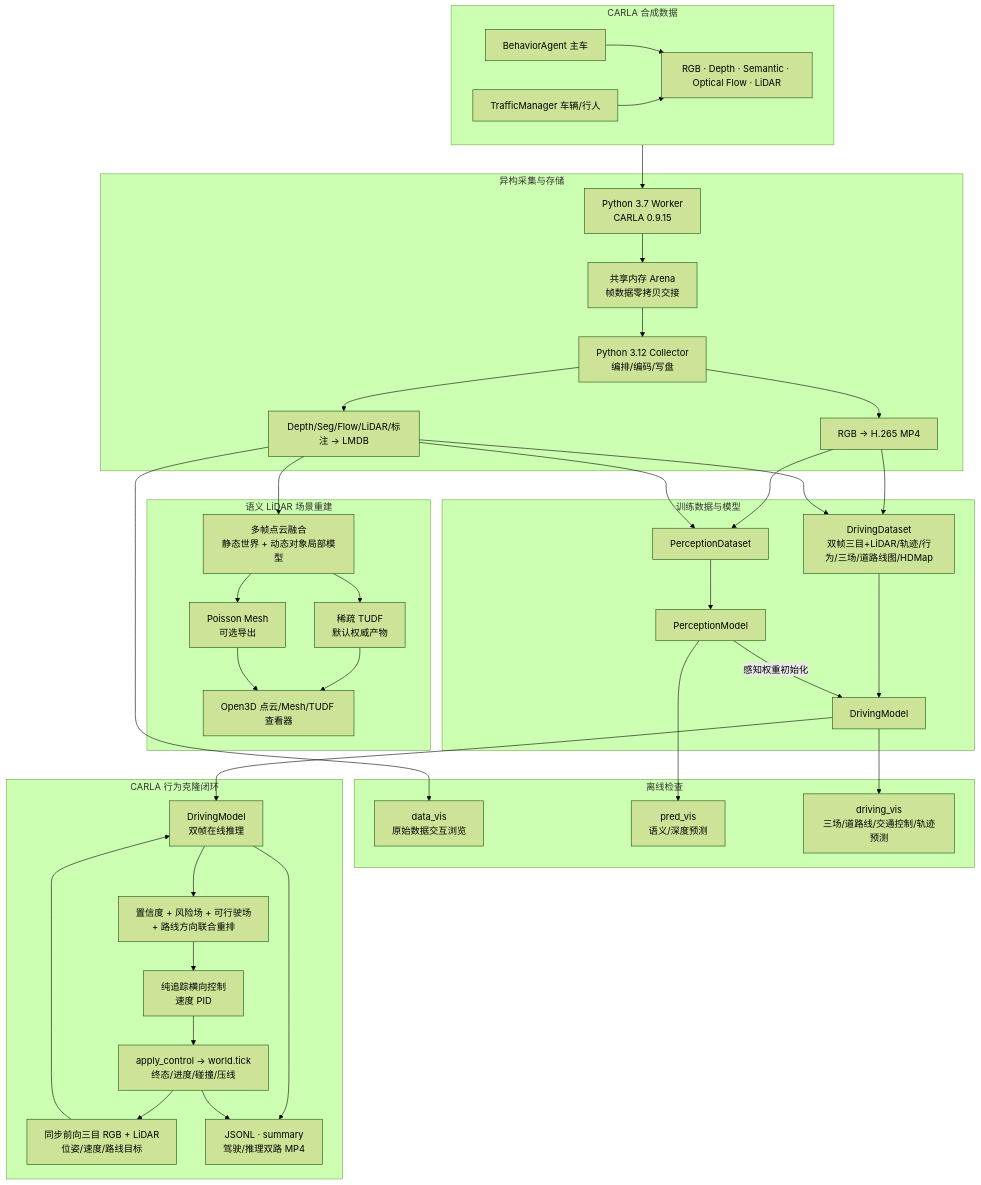
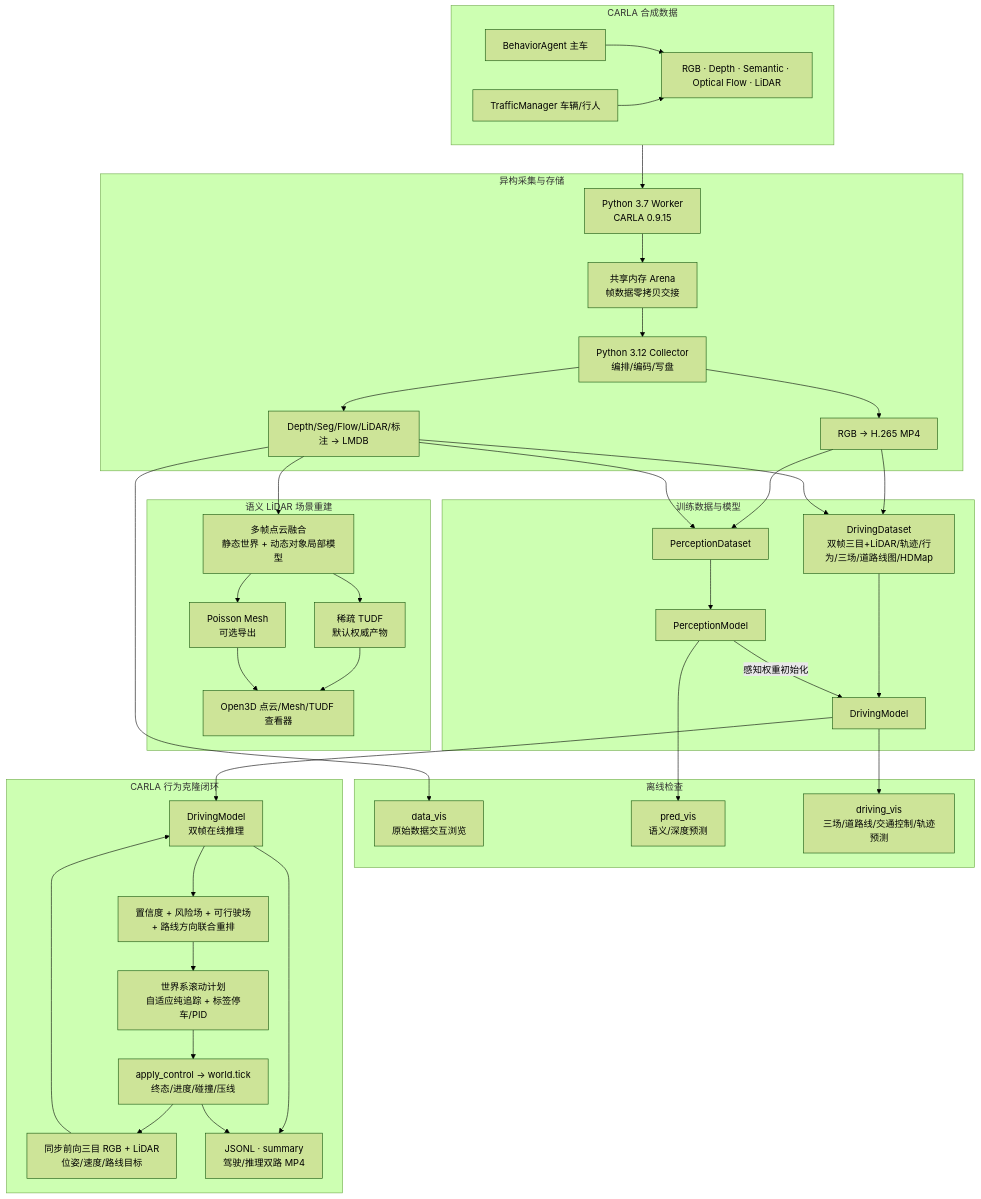
The second of 10 diagrams in README.zh-CN.md (ByteDriveTeam/ByteDrive-Toy), drawn with Mermaid (forest theme) before and after one commit. The commit also changed other lines of this file and 23 other files, not shown here.

````diff
--- a/README.zh-CN.md
+++ b/README.zh-CN.md
@@ -169,69 +169,69 @@
 ```mermaid
 flowchart TB
     subgraph SIM["CARLA 合成数据"]
         C1["BehaviorAgent 主车"]
         C2["TrafficManager 车辆/行人"]
         C3["RGB · Depth · Semantic · Optical Flow · LiDAR"]
         C1 --> C3
         C2 --> C3
     end
 
     subgraph STORE["异构采集与存储"]
         W["Python 3.7 Worker<br/>CARLA 0.9.15"]
         SHM["共享内存 Arena<br/>帧数据零拷贝交接"]
         COL["Python 3.12 Collector<br/>编排/编码/写盘"]
         MP4["RGB → H.265 MP4"]
         DB["Depth/Seg/Flow/LiDAR/标注 → LMDB"]
         W --> SHM --> COL
         COL --> MP4
         COL --> DB
     end
 
     subgraph RECON["语义 LiDAR 场景重建"]
         FUSE["多帧点云融合<br/>静态世界 + 动态对象局部模型"]
         TUDF["稀疏 TUDF<br/>默认权威产物"]
         MESH["Poisson Mesh<br/>可选导出"]
         RVIS["Open3D 点云/Mesh/TUDF 查看器"]
         FUSE --> TUDF --> RVIS
         FUSE --> MESH --> RVIS
     end
 
     subgraph LEARN["训练数据与模型"]
         DS1["PerceptionDataset"]
         DS2["DrivingDataset<br/>双帧三目+LiDAR/轨迹/行为/三场/道路线图/HDMap"]
         P["PerceptionModel"]
         D["DrivingModel"]
         DS1 --> P
         DS2 --> D
         P -->|"感知权重初始化"| D
     end
 
     subgraph VIS["离线检查"]
         V1["data_vis<br/>原始数据交互浏览"]
         V2["pred_vis<br/>语义/深度预测"]
         V3["driving_vis<br/>三场/道路线/交通控制/轨迹预测"]
     end
 
     subgraph CLOSED["CARLA 行为克隆闭环"]
         OBS["同步前向三目 RGB + LiDAR<br/>位姿/速度/路线目标"]
         INF["DrivingModel<br/>双帧在线推理"]
         SELECT["置信度 + 风险场 + 可行驶场<br/>+ 路线方向联合重排"]
-        CTRL["纯追踪横向控制<br/>速度 PID"]
+        CTRL["世界系滚动计划<br/>自适应纯追踪 + 标签停车/PID"]
         STEP["apply_control → world.tick<br/>终态/进度/碰撞/压线"]
         LOG["JSONL · summary<br/>驾驶/推理双路 MP4"]
         OBS --> INF --> SELECT --> CTRL --> STEP --> OBS
         INF --> LOG
         STEP --> LOG
     end
 
     SIM --> W
     MP4 --> DS1
     DB --> DS1
     MP4 --> DS2
     DB --> DS2
     DB --> FUSE
     DB --> V1
     P --> V2
     D --> V3
     D --> INF
 ```
````
